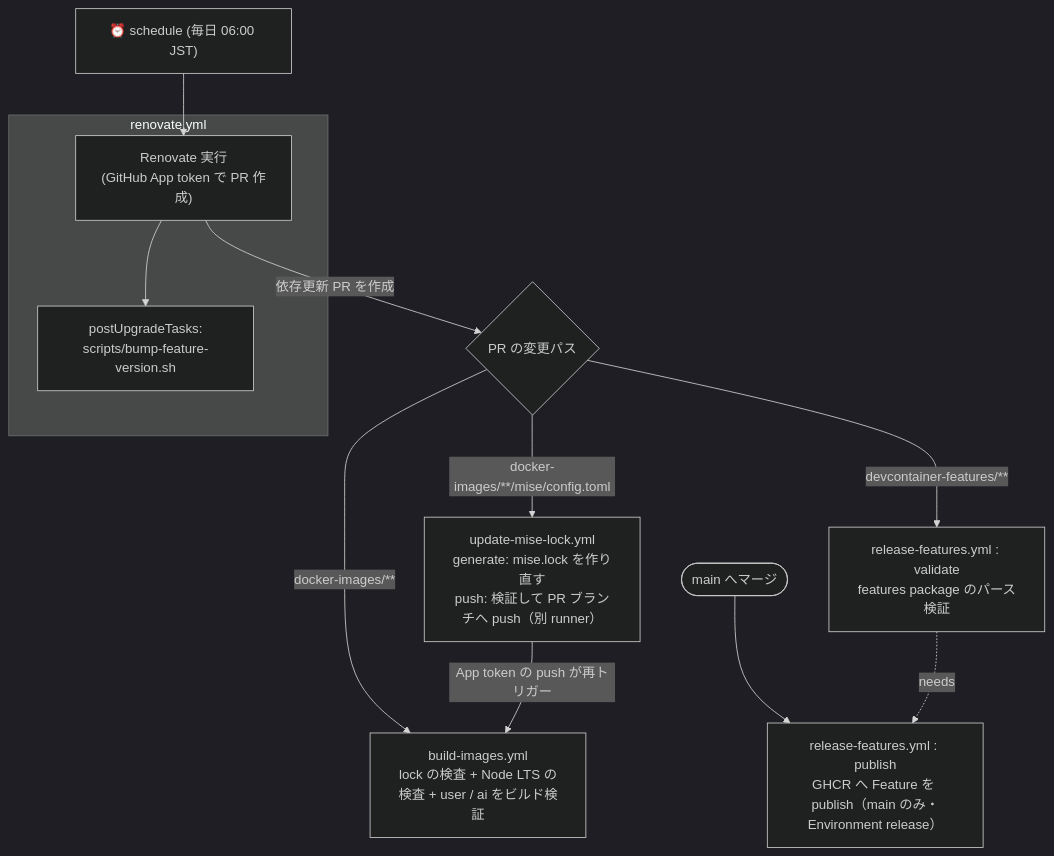
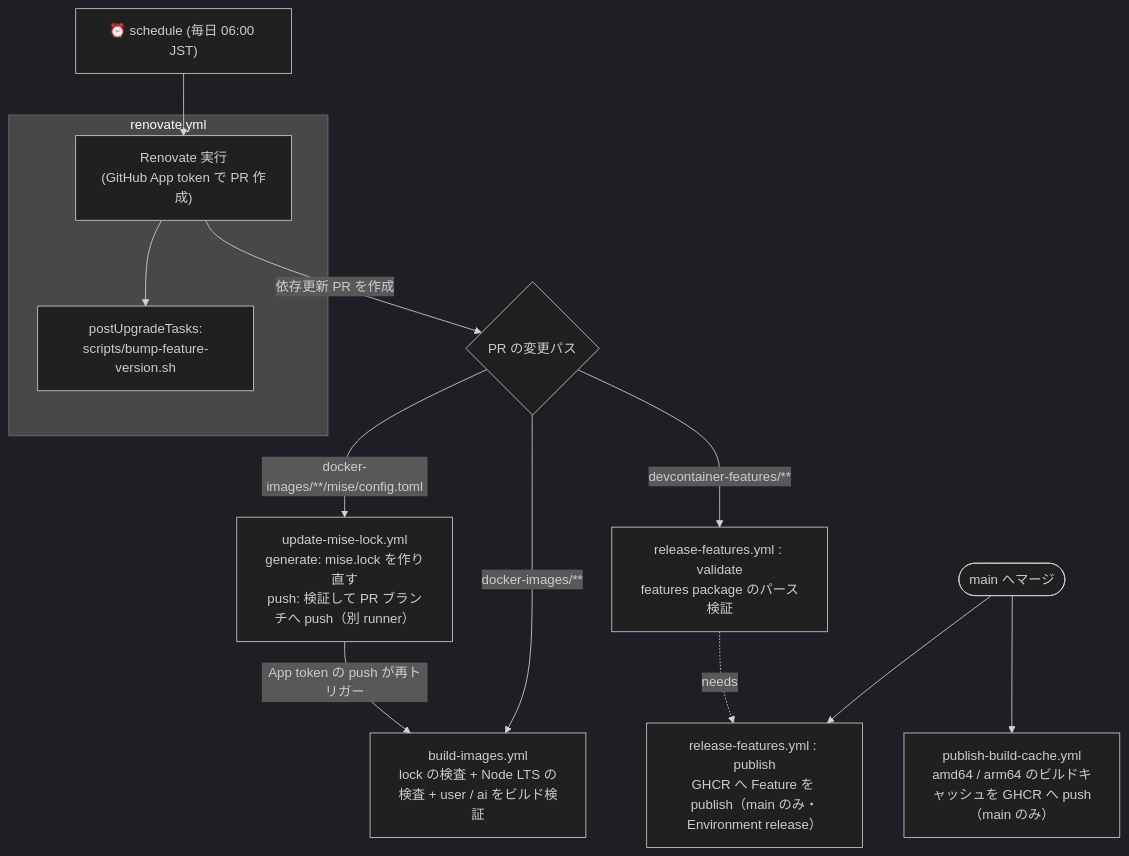
Before and after one commit to Diiva-Szk/devcontainer-env-core: the diagram in docs/MAINTAINING.md, drawn with Mermaid (dark theme). The commit also changed other lines of this file and 1 other file, not shown here.

````diff
--- a/docs/MAINTAINING.md
+++ b/docs/MAINTAINING.md
@@ -113,21 +138,22 @@
 ```mermaid
 flowchart TD
     cron["⏰ schedule (毎日 06:00 JST)"] --> renovate
 
     subgraph renovate_wf["renovate.yml"]
         renovate["Renovate 実行<br/>(GitHub App token で PR 作成)"]
         bump["postUpgradeTasks:<br/>scripts/bump-feature-version.sh"]
         renovate --> bump
     end
 
     renovate -->|依存更新 PR を作成| PR{"PR の変更パス"}
 
     PR -->|"docker-images/**"| build["build-images.yml<br/>lock の検査 + Node LTS の検査 + user / ai をビルド検証"]
     PR -->|"docker-images/**/mise/config.toml"| lock["update-mise-lock.yml<br/>generate: mise.lock を作り直す<br/>push: 検証して PR ブランチへ push（別 runner）"]
     PR -->|"devcontainer-features/**"| validate["release-features.yml : validate<br/>features package のパース検証"]
 
     lock -->|"App token の push が再トリガー"| build
 
     merge(["main へマージ"]) --> publish["release-features.yml : publish<br/>GHCR へ Feature を publish（main のみ・Environment release）"]
+    merge --> cache["publish-build-cache.yml<br/>amd64 / arm64 のビルドキャッシュを GHCR へ push（main のみ）"]
     validate -. "needs" .-> publish
 ```
````
